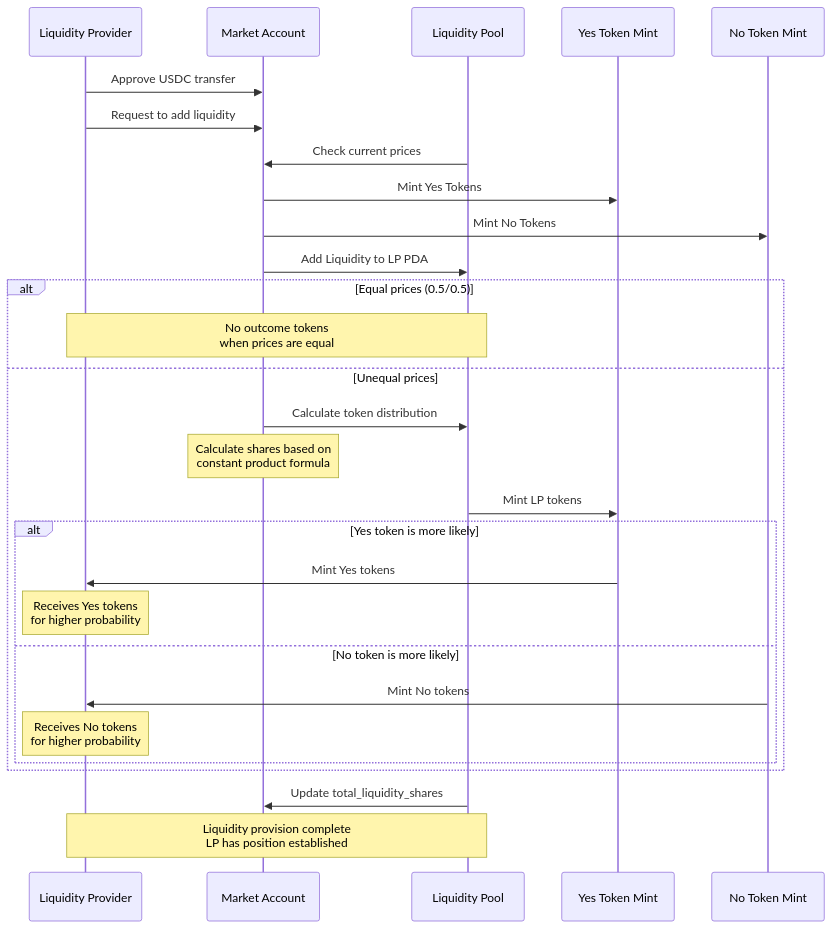
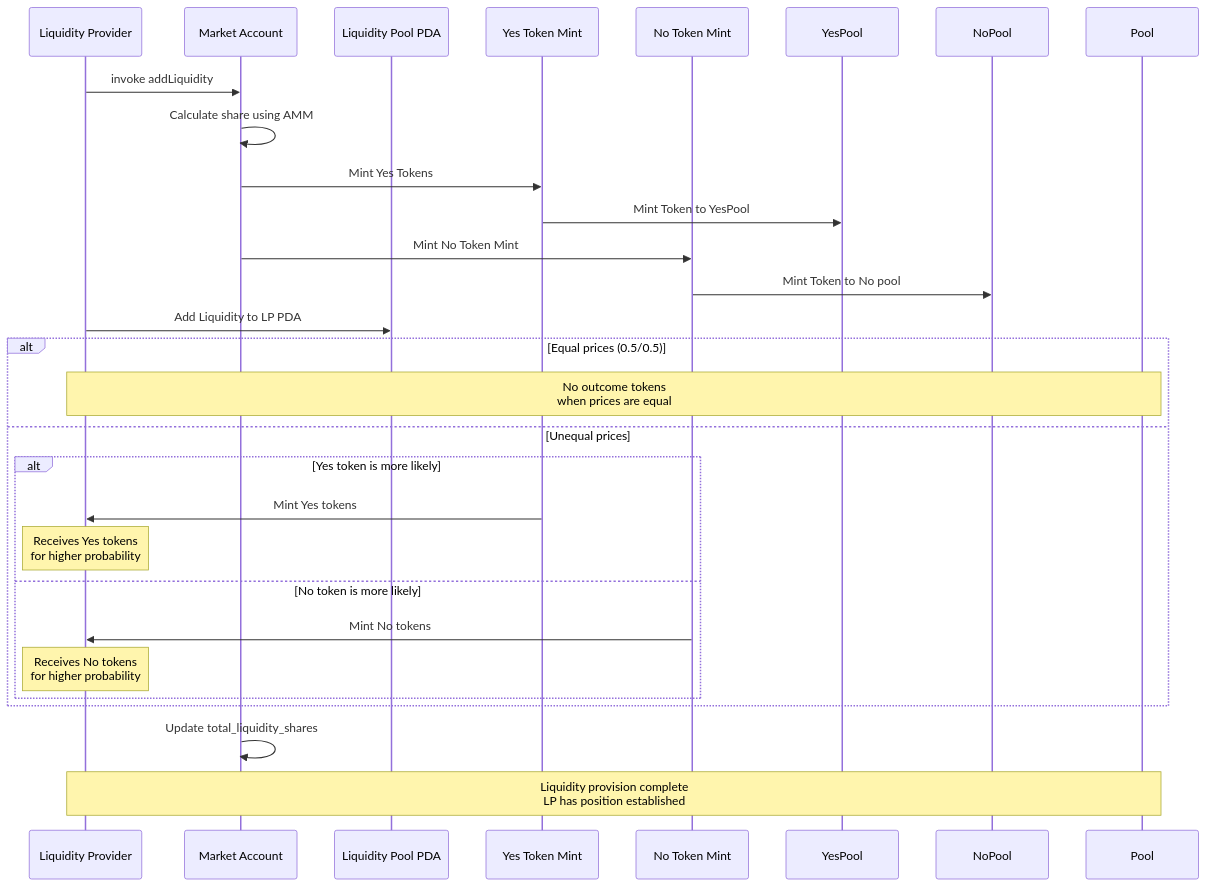
The third of 6 diagrams in capstone/architecture.md (solana-turbin3/Q1_25_Builder_santy311), drawn with Mermaid before and after one commit. The commit also changed other lines of this file, not shown here.

````diff
--- a/capstone/architecture.md
+++ b/capstone/architecture.md
@@ -117,38 +122,35 @@
 ```mermaid
 sequenceDiagram
     participant LP as Liquidity Provider
     participant Market as Market Account
-    participant Pool as Liquidity Pool
+    participant LP_PDA as Liquidity Pool PDA
     participant YMint as Yes Token Mint
     participant NMint as No Token Mint
 
-    LP->>Market: Approve USDC transfer
-    LP->>Market: Request to add liquidity
+    LP->>Market: invoke addLiquidity
 
-    Pool->>Market: Check current prices
+    Market->>Market: Calculate share using AMM
     Market ->> YMint: Mint Yes Tokens
-    Market ->> NMint: Mint No Tokens
+    YMint ->> YesPool: Mint Token to YesPool
+    Market->>NMint: Mint No Token Mint
+    NMint ->> NoPool: Mint Token to No pool
 
-    Market->>Pool: Add Liquidity to LP PDA
+    LP->>LP_PDA: Add Liquidity to LP PDA
 
     alt Equal prices (0.5/0.5)
         Note over LP,Pool: No outcome tokens<br/>when prices are equal
     else Unequal prices
-        Market->>Pool: Calculate token distribution
-        Note over Market: Calculate shares based on<br/>constant product formula
-
-        Pool->>YMint: Mint LP tokens
 
         alt Yes token is more likely
             YMint->>LP: Mint Yes tokens
             Note over LP: Receives Yes tokens<br/>for higher probability
         else No token is more likely
             NMint->>LP: Mint No tokens
             Note over LP: Receives No tokens<br/>for higher probability
         end
     end
 
-    Pool->>Market: Update total_liquidity_shares
+    Market->>Market: Update total_liquidity_shares
 
     Note over LP,Pool: Liquidity provision complete<br/>LP has position established
 ```
````
